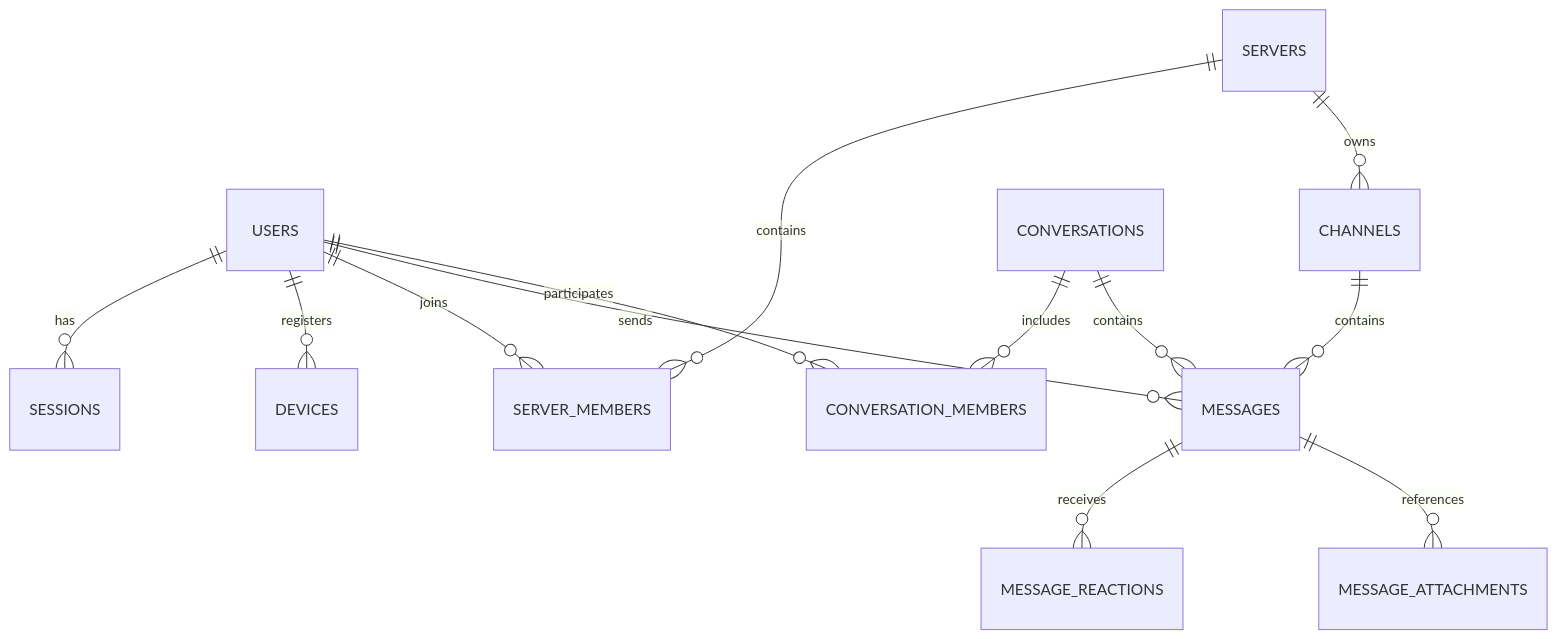
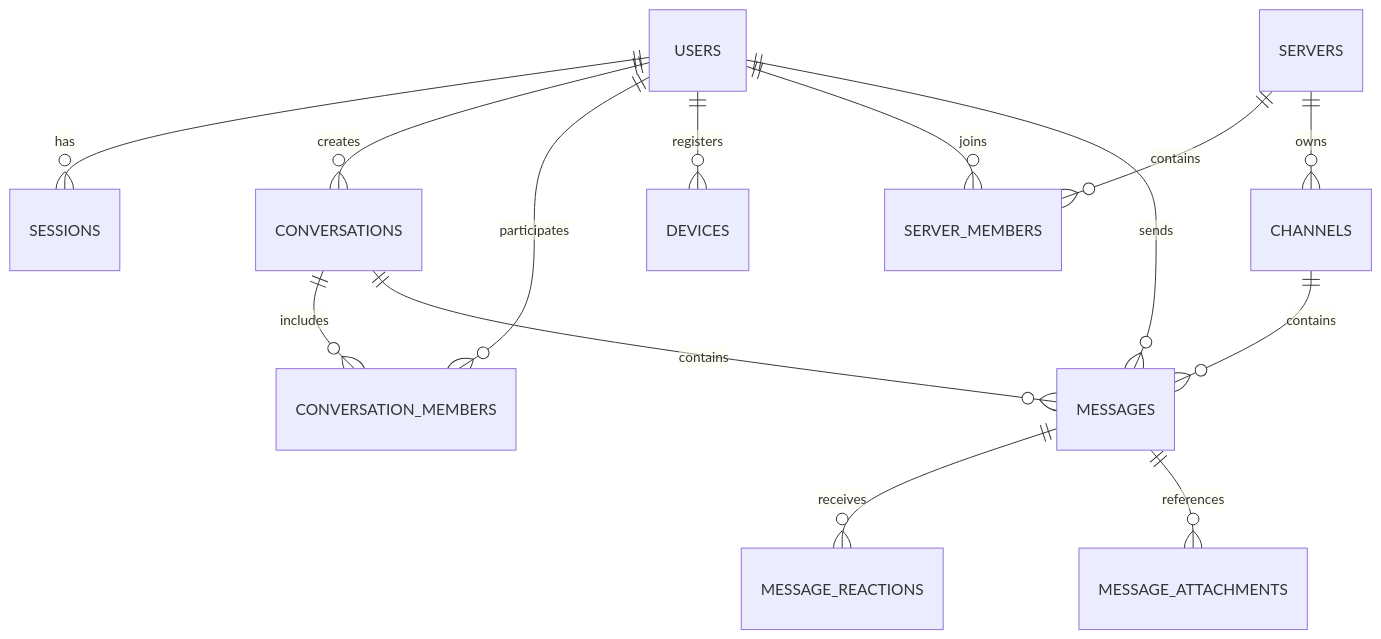
One commit to SimonZarni/RustChat changed the diagram in docs/DATABASE.md. Above: the diagram before and after it, drawn with Mermaid. The commit also changed other lines of this file and 88 other files, not shown here.

````diff
--- a/docs/DATABASE.md
+++ b/docs/DATABASE.md
@@ -74,15 +105,16 @@
 ```mermaid
 erDiagram
     USERS ||--o{ SESSIONS : has
+    USERS ||--o{ CONVERSATIONS : creates
+    CONVERSATIONS ||--o{ CONVERSATION_MEMBERS : includes
+    USERS ||--o{ CONVERSATION_MEMBERS : participates
     USERS ||--o{ DEVICES : registers
     USERS ||--o{ SERVER_MEMBERS : joins
     SERVERS ||--o{ SERVER_MEMBERS : contains
     SERVERS ||--o{ CHANNELS : owns
     CHANNELS ||--o{ MESSAGES : contains
     USERS ||--o{ MESSAGES : sends
-    CONVERSATIONS ||--o{ CONVERSATION_MEMBERS : includes
-    USERS ||--o{ CONVERSATION_MEMBERS : participates
     CONVERSATIONS ||--o{ MESSAGES : contains
     MESSAGES ||--o{ MESSAGE_REACTIONS : receives
     MESSAGES ||--o{ MESSAGE_ATTACHMENTS : references
 ```
````
